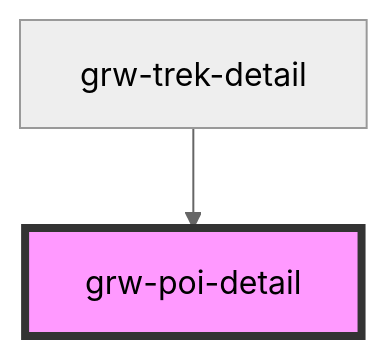
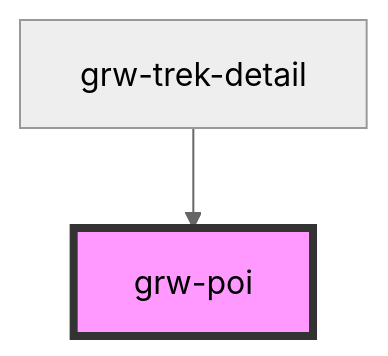
One commit to GeotrekCE/Geotrek-rando-widget changed the diagram in src/components/grw-poi-detail/readme.md. Above: the diagram before and after it, drawn with Mermaid (neutral theme). The commit also changed 20 other files, not shown here.

````diff
--- a/src/components/grw-poi-detail/readme.md
+++ b/src/components/grw-poi-detail/readme.md
@@ -22,5 +22,5 @@
 ```mermaid
 graph TD;
-  grw-trek-detail --> grw-poi-detail
-  style grw-poi-detail fill:#f9f,stroke:#333,stroke-width:4px
+  grw-trek-detail --> grw-poi
+  style grw-poi fill:#f9f,stroke:#333,stroke-width:4px
 ```
````
